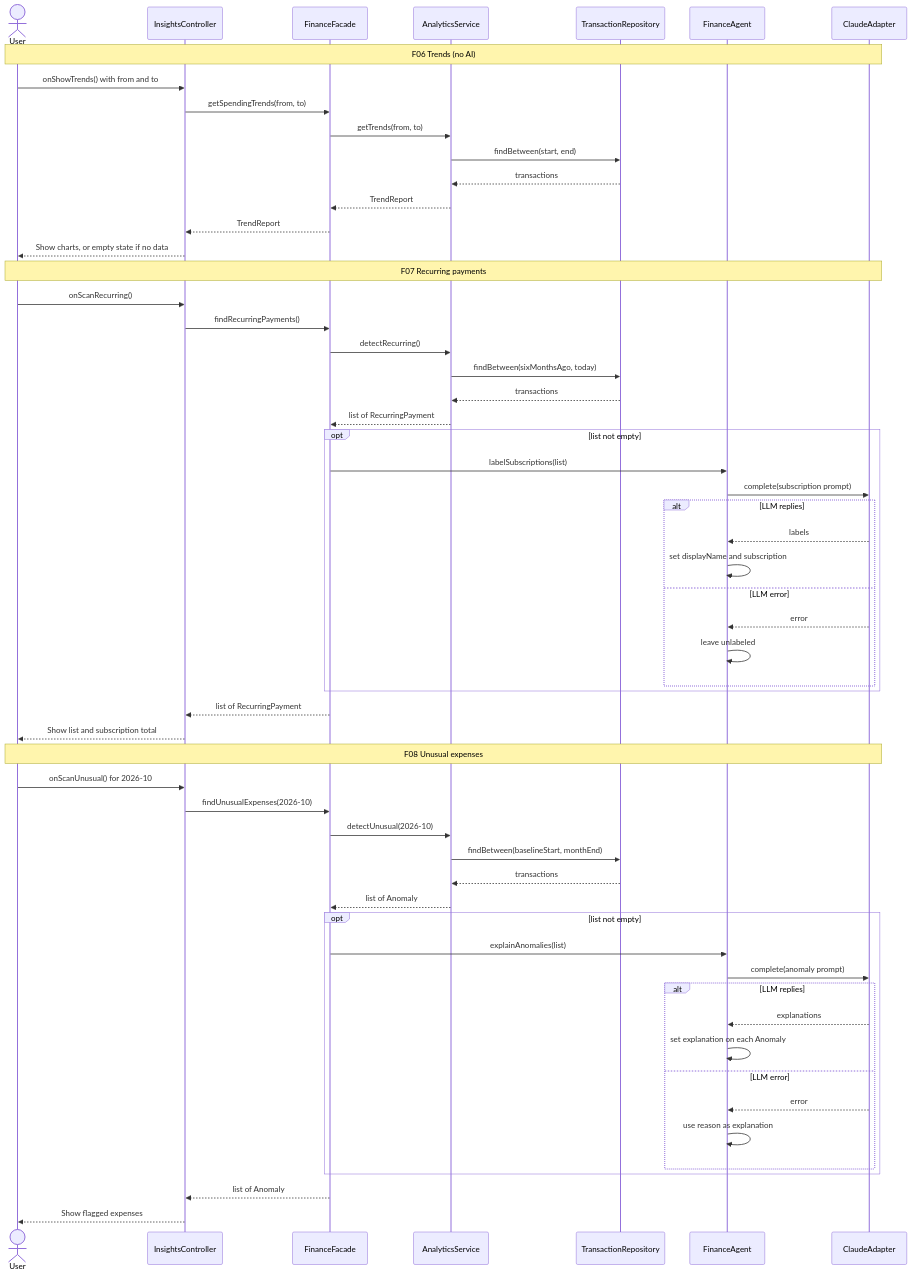
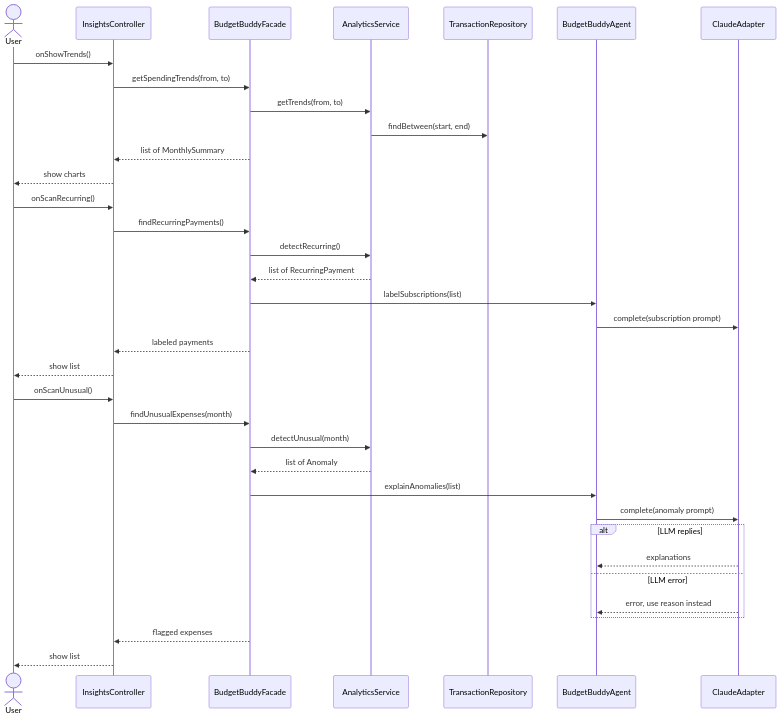
The ninth of 11 diagrams in docs/Stage1_Report.md (Abdi238/EECS3311-course-project), drawn with Mermaid before and after one commit. The commit also changed other lines of this file, not shown here.

````diff
--- a/docs/Stage1_Report.md
+++ b/docs/Stage1_Report.md
@@ -1178,62 +977,37 @@
 ```mermaid
 sequenceDiagram
     actor U as User
     participant IC as InsightsController
-    participant F as FinanceFacade
+    participant F as BudgetBuddyFacade
     participant AN as AnalyticsService
     participant TR as TransactionRepository
-    participant A as FinanceAgent
+    participant A as BudgetBuddyAgent
     participant LLM as ClaudeAdapter
-
-    Note over U,LLM: F06 Trends (no AI)
-    U->>IC: onShowTrends() with from and to
+    U->>IC: onShowTrends()
     IC->>F: getSpendingTrends(from, to)
     F->>AN: getTrends(from, to)
     AN->>TR: findBetween(start, end)
-    TR-->>AN: transactions
-    AN-->>F: TrendReport
-    F-->>IC: TrendReport
-    IC-->>U: Show charts, or empty state if no data
-
-    Note over U,LLM: F07 Recurring payments
+    F-->>IC: list of MonthlySummary
+    IC-->>U: show charts
     U->>IC: onScanRecurring()
     IC->>F: findRecurringPayments()
     F->>AN: detectRecurring()
-    AN->>TR: findBetween(sixMonthsAgo, today)
-    TR-->>AN: transactions
     AN-->>F: list of RecurringPayment
-    opt list not empty
-        F->>A: labelSubscriptions(list)
-        A->>LLM: complete(subscription prompt)
-        alt LLM replies
-            LLM-->>A: labels
-            A->>A: set displayName and subscription
-        else LLM error
-            LLM-->>A: error
-            A->>A: leave unlabeled
-        end
+    F->>A: labelSubscriptions(list)
+    A->>LLM: complete(subscription prompt)
+    F-->>IC: labeled payments
+    IC-->>U: show list
+    U->>IC: onScanUnusual()
+    IC->>F: findUnusualExpenses(month)
+    F->>AN: detectUnusual(month)
+    AN-->>F: list of Anomaly
+    F->>A: explainAnomalies(list)
+    A->>LLM: complete(anomaly prompt)
+    alt LLM replies
+        LLM-->>A: explanations
+    else LLM error
+        LLM-->>A: error, use reason instead
     end
-    F-->>IC: list of RecurringPayment
-    IC-->>U: Show list and subscription total
-
-    Note over U,LLM: F08 Unusual expenses
-    U->>IC: onScanUnusual() for 2026-10
-    IC->>F: findUnusualExpenses(2026-10)
-    F->>AN: detectUnusual(2026-10)
-    AN->>TR: findBetween(baselineStart, monthEnd)
-    TR-->>AN: transactions
-    AN-->>F: list of Anomaly
-    opt list not empty
-        F->>A: explainAnomalies(list)
-        A->>LLM: complete(anomaly prompt)
-        alt LLM replies
-            LLM-->>A: explanations
-            A->>A: set explanation on each Anomaly
-        else LLM error
-            LLM-->>A: error
-            A->>A: use reason as explanation
-        end
-    end
-    F-->>IC: list of Anomaly
-    IC-->>U: Show flagged expenses
+    F-->>IC: flagged expenses
+    IC-->>U: show list
 ```
````
